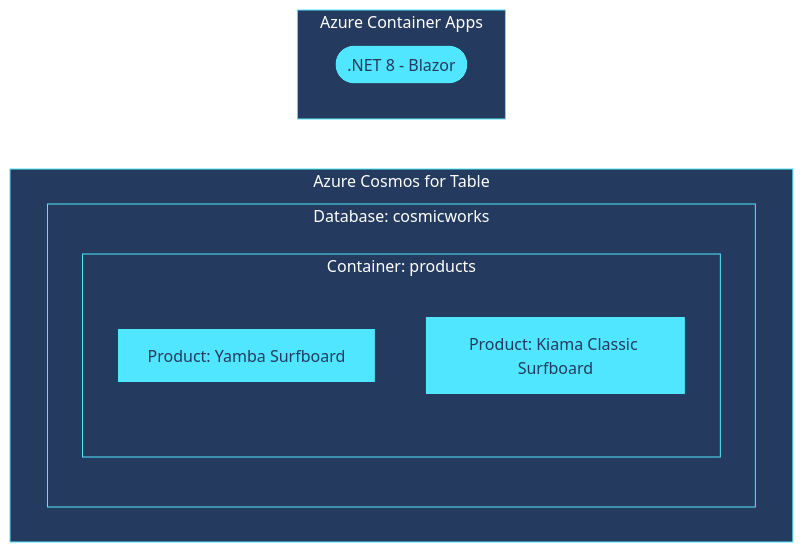
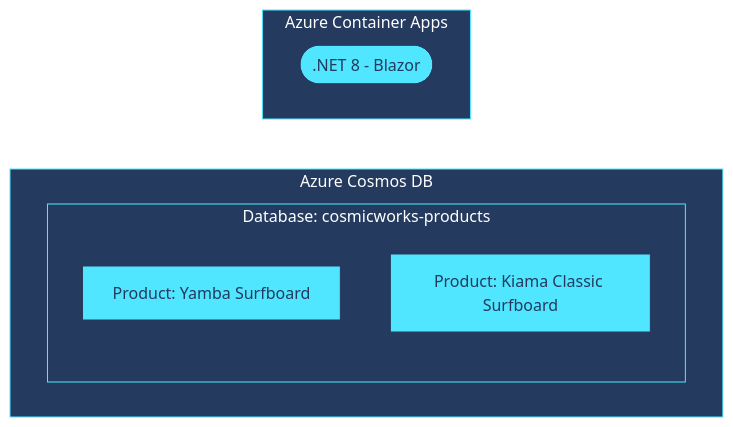
The diagram in README.md (Azure-Samples/cosmos-db-table-dotnet-quickstart), drawn with Mermaid before and after one commit. The commit also changed other lines of this file and 46 other files, not shown here.

````diff
--- a/README.md
+++ b/README.md
@@ -51,16 +51,14 @@
 ```mermaid
 %%{ init: { 'theme': 'base', 'themeVariables': { 'background': '#243A5E', 'primaryColor': '#50E6FF', 'primaryBorderColor': '#243A5E', 'tertiaryBorderColor': '#50E6FF', 'tertiaryColor': '#243A5E', 'fontFamily': 'Segoe UI', 'lineColor': '#FFFFFF', 'primaryTextColor': '#243A5E', 'tertiaryTextColor': '#FFFFFF' } }}%%
 flowchart TB
     subgraph web-app[Azure Container Apps]
         app-framework([.NET 8 - Blazor])
     end
-    subgraph cosmos-db[Azure Cosmos for Table]
-        subgraph database-cosmicworks[Database: cosmicworks]
-            subgraph container-products[Container: products]
-                prd-yamba[Product: Yamba Surfboard]
-                prd-kiama-classic[Product: Kiama Classic Surfboard]
-            end
+    subgraph cosmos-db[Azure Cosmos DB]
+        subgraph table-cosmicworks-products[Database: cosmicworks-products]
+            prd-yamba[Product: Yamba Surfboard]
+            prd-kiama-classic[Product: Kiama Classic Surfboard]
         end
     end
     web-app --> cosmos-db
 ```
````
